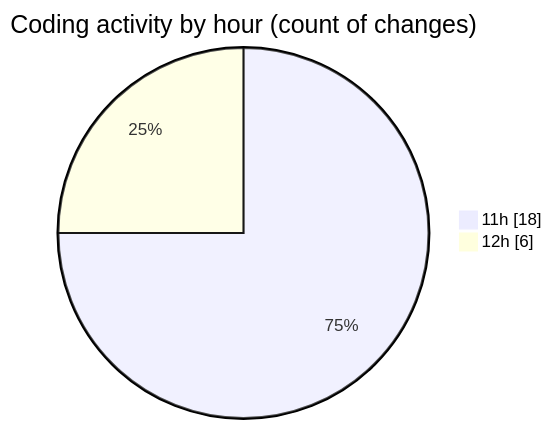
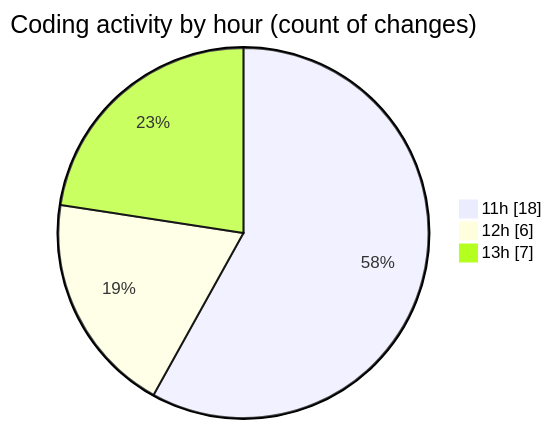
Before and after one commit to nxtqubesakshisongat/code-tracking: the second of 2 diagrams in 2025-05-03/nxtqube_webapp/README.md, drawn with Mermaid. The commit also changed other lines of this file and 1 other file, not shown here.

````diff
--- a/2025-05-03/nxtqube_webapp/README.md
+++ b/2025-05-03/nxtqube_webapp/README.md
@@ -32,6 +32,7 @@
 ```mermaid
 pie showData
 title Coding activity by hour (count of changes)
 "11h" : 18
 "12h" : 6
+"13h" : 7
 ```
````
